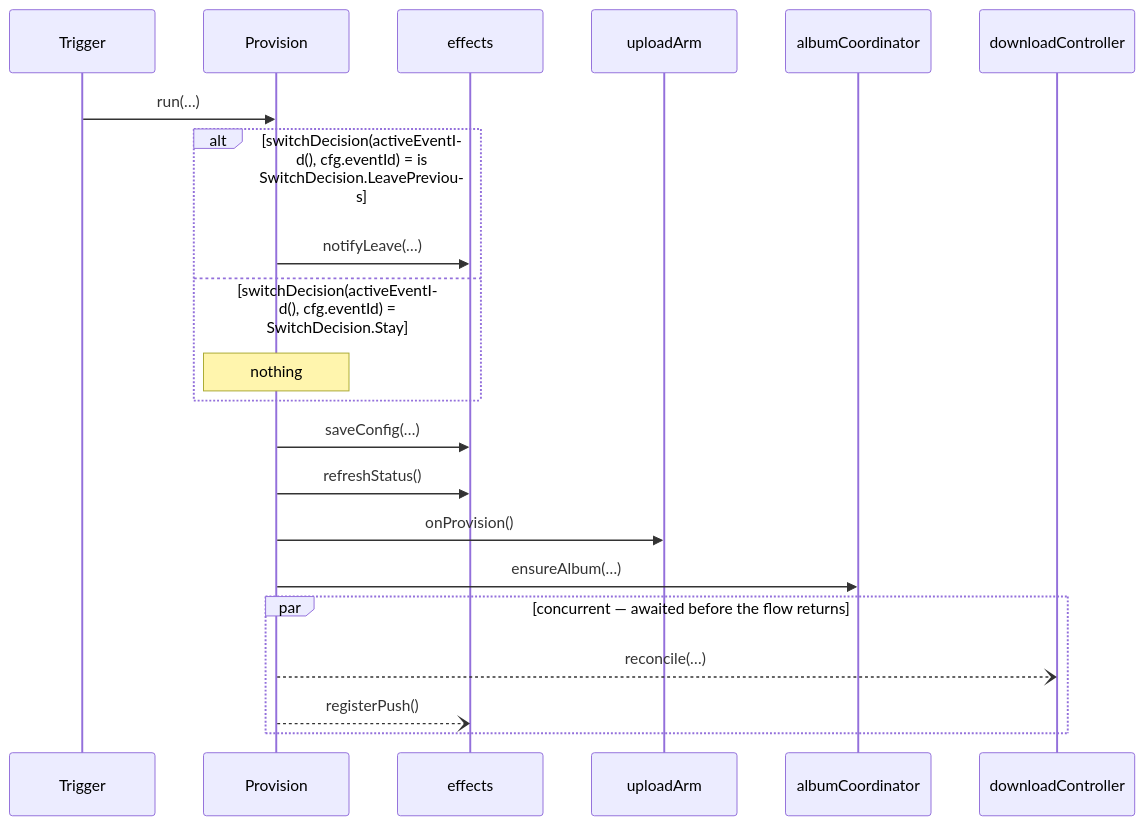
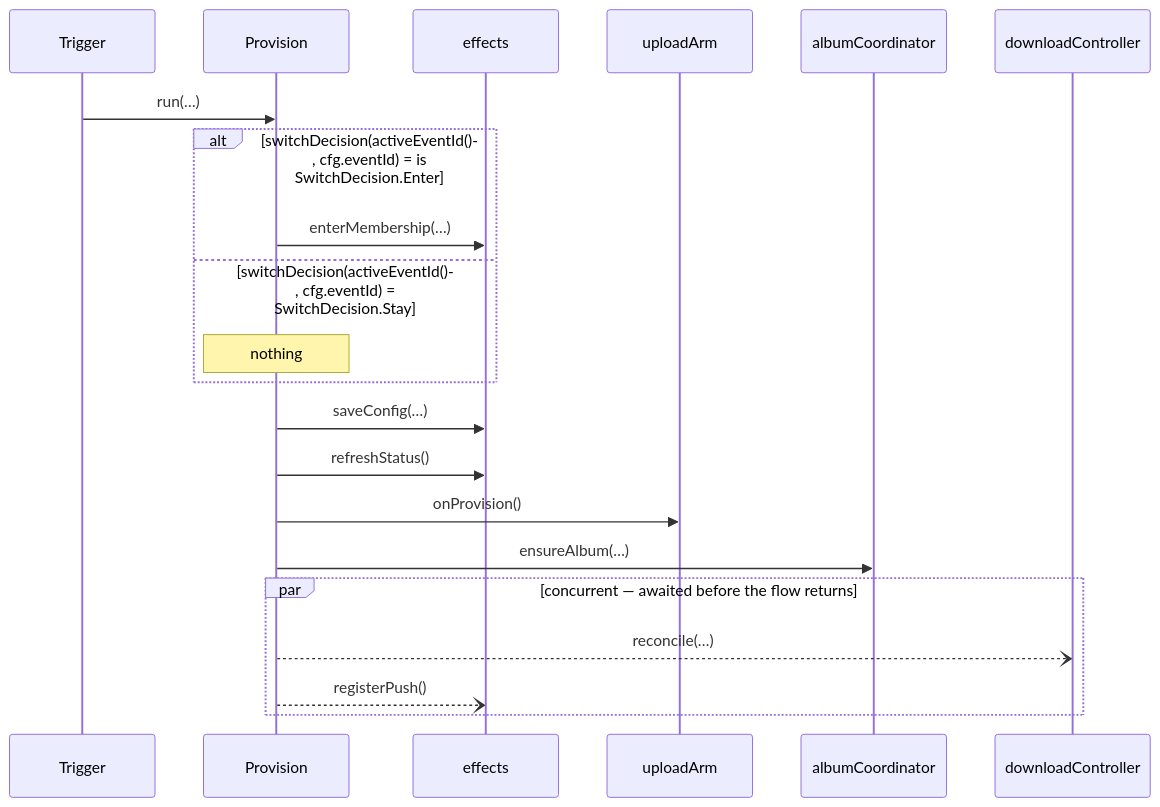
Before and after one commit to stefanhoelzl/SnapSync: the diagram in architecture/flows/Provision.md, drawn with Mermaid. The commit also changed 86 other files, not shown here.

````diff
--- a/architecture/flows/Provision.md
+++ b/architecture/flows/Provision.md
@@ -14,23 +14,23 @@
 ```mermaid
 sequenceDiagram
   participant Trigger
   participant Provision
   participant effects
   participant uploadArm
   participant albumCoordinator
   participant downloadController
   Trigger->>Provision: run(…)
-  alt switchDecision(activeEventId(), cfg.eventId) = is SwitchDecision.LeavePrevious
-    Provision->>effects: notifyLeave(…)
+  alt switchDecision(activeEventId(), cfg.eventId) = is SwitchDecision.Enter
+    Provision->>effects: enterMembership(…)
   else switchDecision(activeEventId(), cfg.eventId) = SwitchDecision.Stay
     Note over Provision: nothing
   end
   Provision->>effects: saveConfig(…)
   Provision->>effects: refreshStatus()
   Provision->>uploadArm: onProvision()
   Provision->>albumCoordinator: ensureAlbum(…)
   par concurrent — awaited before the flow returns
     Provision--)downloadController: reconcile(…)
     Provision--)effects: registerPush()
   end
 ```
````
